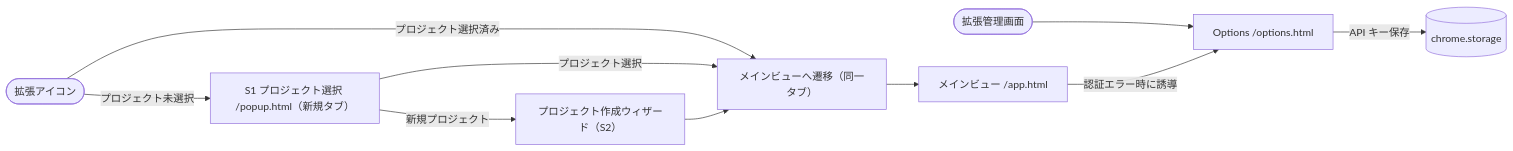
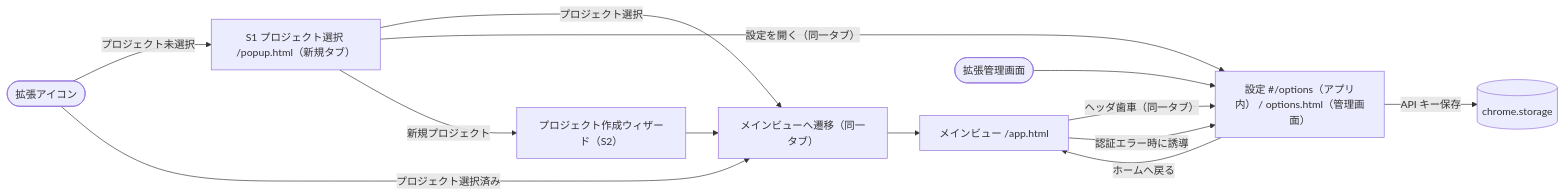
One commit to youkiti/sr-data-extraction-plugin changed the first of 3 diagrams in docs/ui-flow.md. Above: the diagram before and after it, drawn with Mermaid. The commit also changed other lines of this file and 14 other files, not shown here.

````diff
--- a/docs/ui-flow.md
+++ b/docs/ui-flow.md
@@ -20,13 +22,16 @@
 ```mermaid
 flowchart LR
     Icon([拡張アイコン]) -->|プロジェクト未選択| Popup["S1 プロジェクト選択 /popup.html（新規タブ）"]
     Icon -->|プロジェクト選択済み| Open
     Popup -->|プロジェクト選択| Open[メインビューへ遷移（同一タブ）]
+    Popup -->|設定を開く（同一タブ）| Options
     Popup -->|新規プロジェクト| New["プロジェクト作成ウィザード（S2）"]
     New --> Open
     Open --> Main[メインビュー /app.html]
 
-    Manage([拡張管理画面]) --> Options[Options /options.html]
+    Main -->|ヘッダ歯車（同一タブ）| Options["設定 #/options（アプリ内） / options.html（管理画面）"]
+    Options -->|ホームへ戻る| Main
+    Manage([拡張管理画面]) --> Options
     Options -->|API キー保存| Storage[(chrome.storage)]
     Main -->|認証エラー時に誘導| Options
 ```
````
